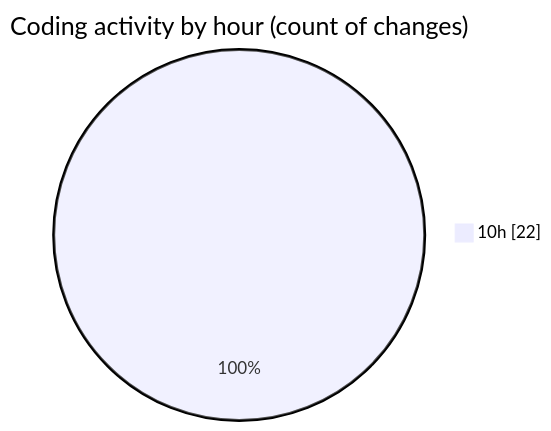
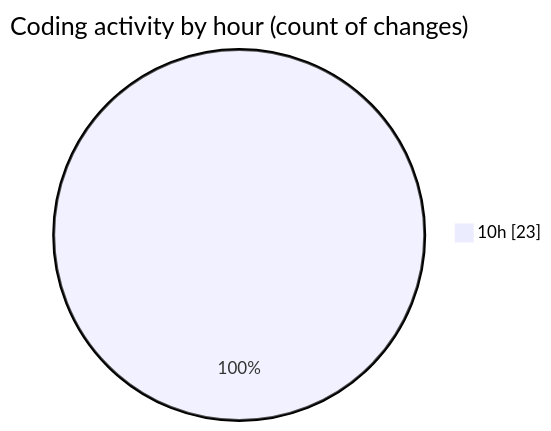
Before and after one commit to nxtqubesakshisongat/code-tracking: the second of 2 diagrams in 2026-05-04/nxtqube_webapp/README.md, drawn with Mermaid. The commit also changed other lines of this file and 1 other file, not shown here.

````diff
--- a/2026-05-04/nxtqube_webapp/README.md
+++ b/2026-05-04/nxtqube_webapp/README.md
@@ -29,5 +31,5 @@
 ```mermaid
 pie showData
 title Coding activity by hour (count of changes)
-"10h" : 22
+"10h" : 23
 ```
````
